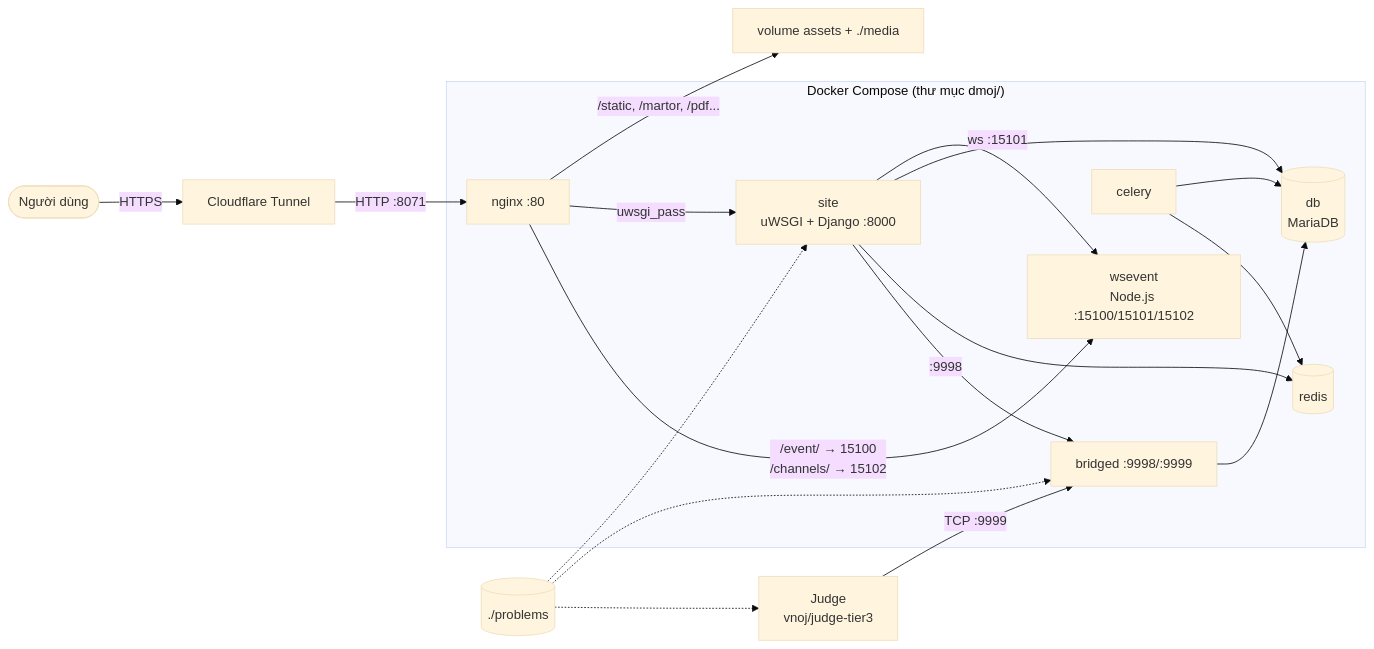
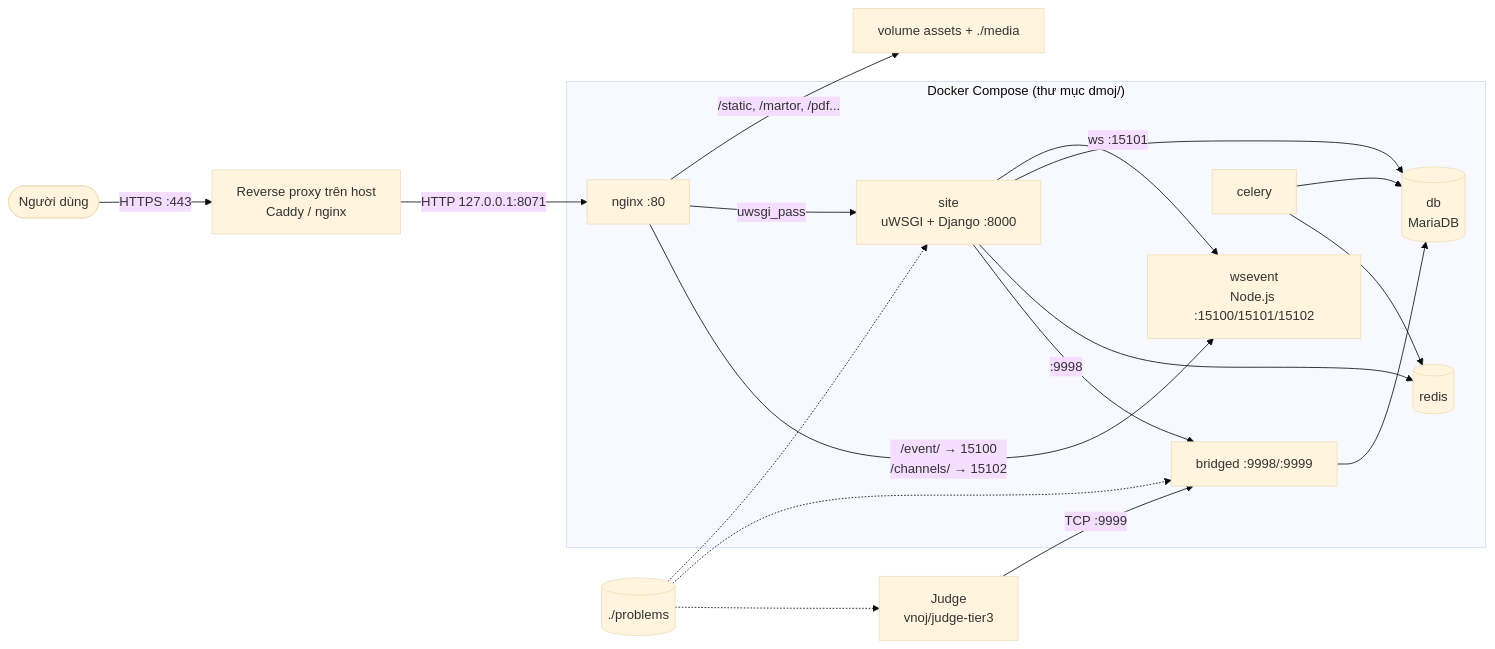
The diagram in src/operate/architecture.md (luyencode/docs), drawn with Mermaid (base theme) before and after one commit. The commit also changed other lines of this file and 70 other files, not shown here.

````diff
--- a/src/operate/architecture.md
+++ b/src/operate/architecture.md
@@ -21,30 +21,30 @@
 ```mermaid
 flowchart LR
-    user([Người dùng]) -->|HTTPS| cf[Cloudflare Tunnel]
-    cf -->|HTTP :8071| nginx
+    user([Người dùng]) -->|HTTPS :443| proxy["Reverse proxy trên host<br/>Caddy / nginx"]
+    proxy -->|"HTTP 127.0.0.1:8071"| nginx
 
     subgraph compose["Docker Compose (thư mục dmoj/)"]
         nginx[nginx :80]
         site[site<br/>uWSGI + Django :8000]
         wsevent[wsevent<br/>Node.js :15100/15101/15102]
         celery[celery]
         bridged[bridged :9998/:9999]
         db[(db<br/>MariaDB)]
         redis[(redis)]
     end
 
     nginx -->|"/static, /martor, /pdf..."| files["volume assets + ./media"]
     nginx -->|uwsgi_pass| site
     nginx -->|"/event/ → 15100<br/>/channels/ → 15102"| wsevent
     site -->|ws :15101| wsevent
     site --> db
     site --> redis
     site -->|:9998| bridged
     celery --> db
     celery --> redis
     bridged --> db
     judges[Judge<br/>vnoj/judge-tier3] -->|TCP :9999| bridged
     problems[(./problems)] -.-> site
     problems -.-> bridged
     problems -.-> judges
 ```
````
